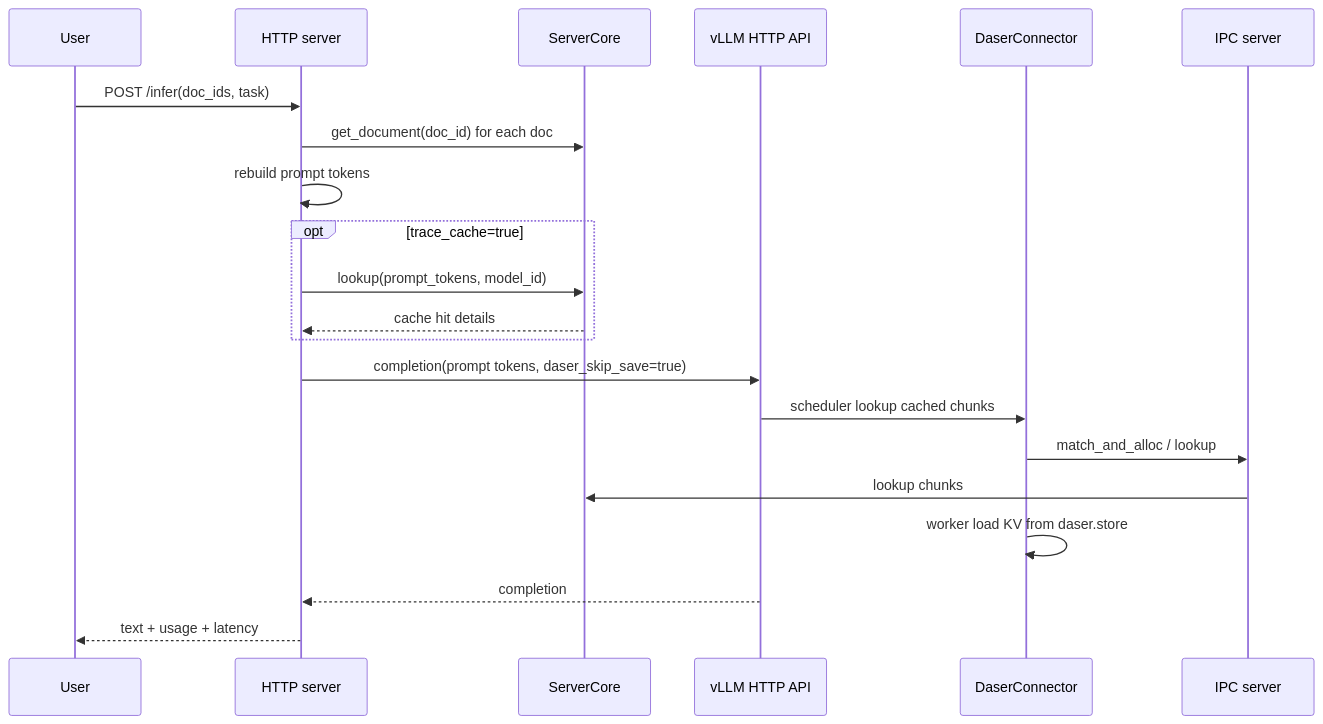
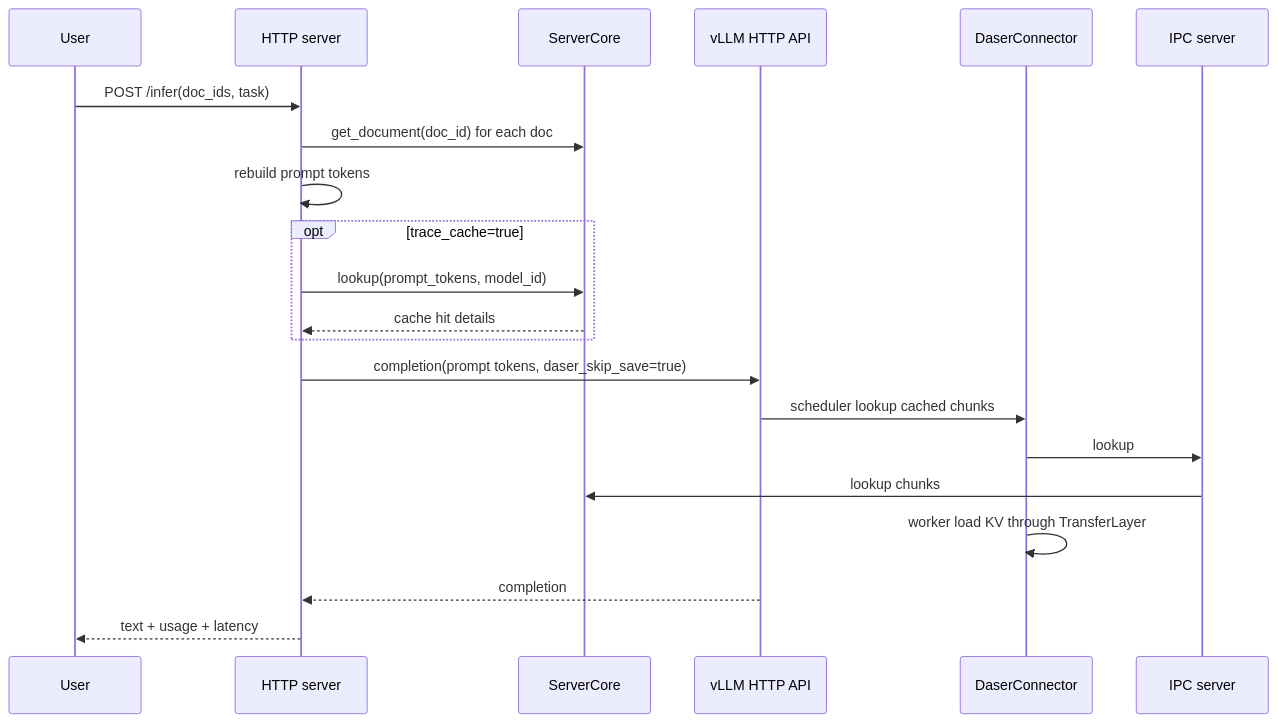
Before and after one commit to GentleCold/DaseR: the second of 8 diagrams in docs/design/flows.md, drawn with Mermaid. The commit also changed other lines of this file and 11 other files, not shown here.

First line of the commit message:
refactor(server): remove match-and-alloc rpc

````diff
--- a/docs/design/flows.md
+++ b/docs/design/flows.md
@@ -37,24 +39,24 @@
 ```mermaid
 sequenceDiagram
     participant U as User
     participant HTTP as HTTP server
     participant C as ServerCore
     participant V as vLLM HTTP API
     participant DC as DaserConnector
     participant IPC as IPC server
 
     U->>HTTP: POST /infer(doc_ids, task)
     HTTP->>C: get_document(doc_id) for each doc
     HTTP->>HTTP: rebuild prompt tokens
     opt trace_cache=true
         HTTP->>C: lookup(prompt_tokens, model_id)
         C-->>HTTP: cache hit details
     end
     HTTP->>V: completion(prompt tokens, daser_skip_save=true)
     V->>DC: scheduler lookup cached chunks
-    DC->>IPC: match_and_alloc / lookup
+    DC->>IPC: lookup
     IPC->>C: lookup chunks
-    DC->>DC: worker load KV from daser.store
+    DC->>DC: worker load KV through TransferLayer
     V-->>HTTP: completion
     HTTP-->>U: text + usage + latency
 ```
````
